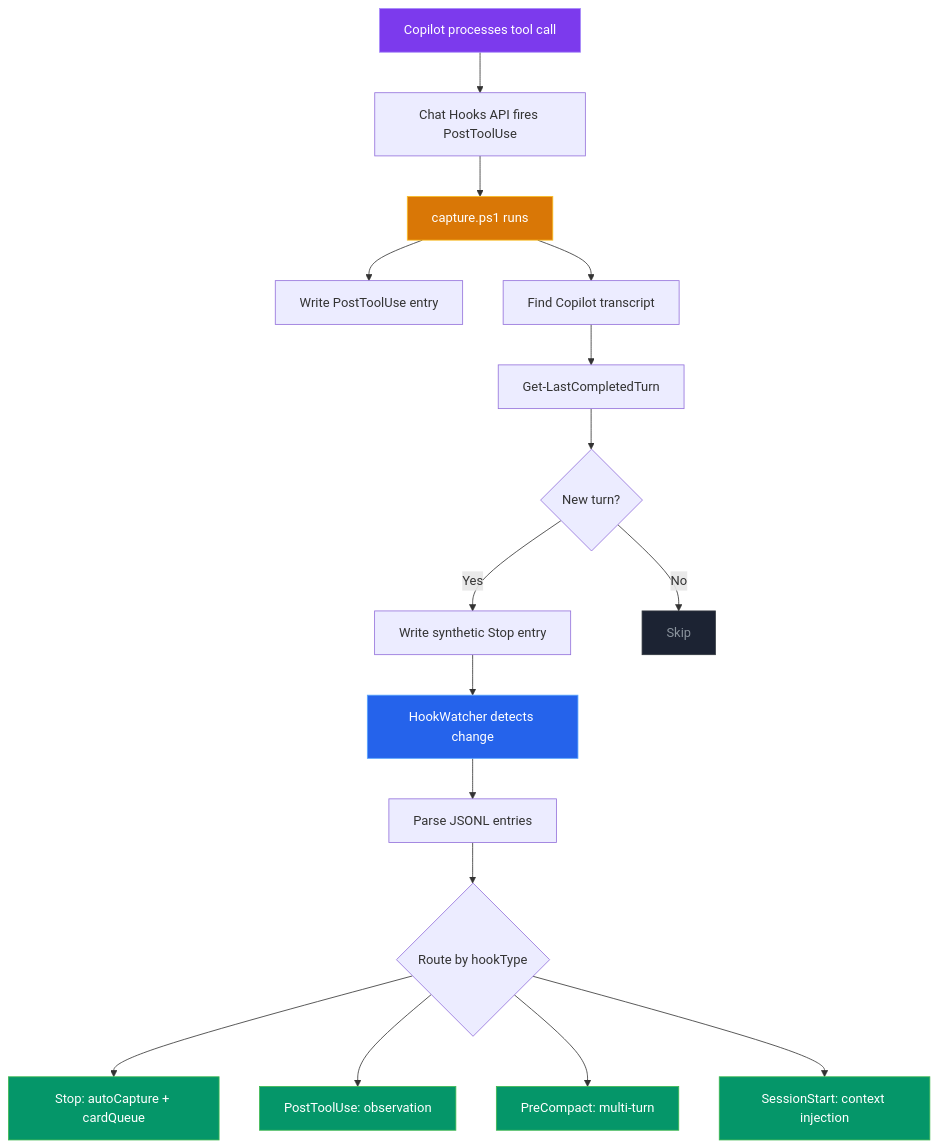
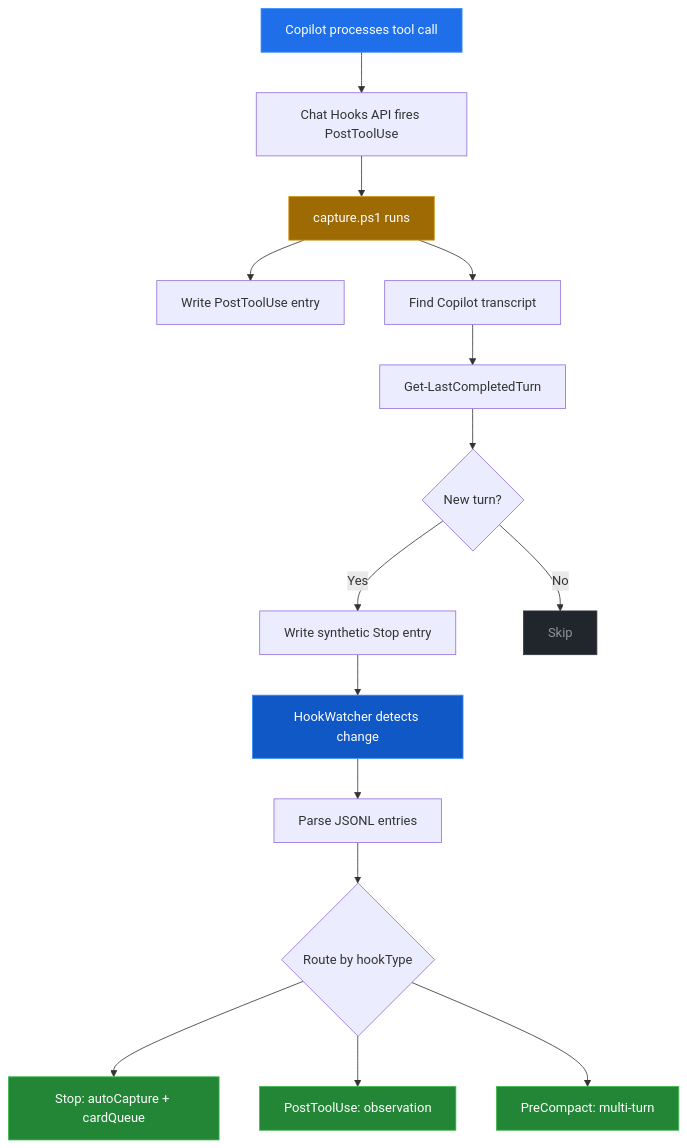
The third of 4 diagrams in docs/architecture/data-flow.md (GittyHarsha/ContextManager), drawn with Mermaid before and after one commit. The commit also changed other lines of this file and 86 other files, not shown here.

```diff
--- a/docs/architecture/data-flow.md
+++ b/docs/architecture/data-flow.md
@@ -83,27 +81,25 @@
 <pre class="mermaid">
 graph TD
     A[Copilot processes tool call] --> B[Chat Hooks API fires PostToolUse]
     B --> C[capture.ps1 runs]
     C --> D[Write PostToolUse entry]
     C --> E[Find Copilot transcript]
     E --> F[Get-LastCompletedTurn]
     F --> G{New turn?}
     G -->|Yes| H[Write synthetic Stop entry]
     G -->|No| I[Skip]
     H --> J[HookWatcher detects change]
     J --> K[Parse JSONL entries]
     K --> L{Route by hookType}
     L --> L1[Stop: autoCapture + cardQueue]
     L --> L2[PostToolUse: observation]
     L --> L3[PreCompact: multi-turn]
-    L --> L4[SessionStart: context injection]
 
-    style A fill:#7c3aed,stroke:#a78bfa,color:#fff
-    style C fill:#d97706,stroke:#fbbf24,color:#fff
-    style J fill:#2563eb,stroke:#58a6ff,color:#fff
-    style L1 fill:#059669,stroke:#3fb950,color:#fff
-    style L2 fill:#059669,stroke:#3fb950,color:#fff
-    style L3 fill:#059669,stroke:#3fb950,color:#fff
-    style L4 fill:#059669,stroke:#3fb950,color:#fff
-    style I fill:#1c2333,stroke:#30363d,color:#8b949e
+    style A fill:#1f6feb,stroke:#388bfd,color:#fff
+    style C fill:#9e6a03,stroke:#d29922,color:#fff
+    style J fill:#1158c7,stroke:#388bfd,color:#fff
+    style L1 fill:#238636,stroke:#3fb950,color:#fff
+    style L2 fill:#238636,stroke:#3fb950,color:#fff
+    style L3 fill:#238636,stroke:#3fb950,color:#fff
+    style I fill:#21262d,stroke:#30363d,color:#8b949e
 </pre>
```
